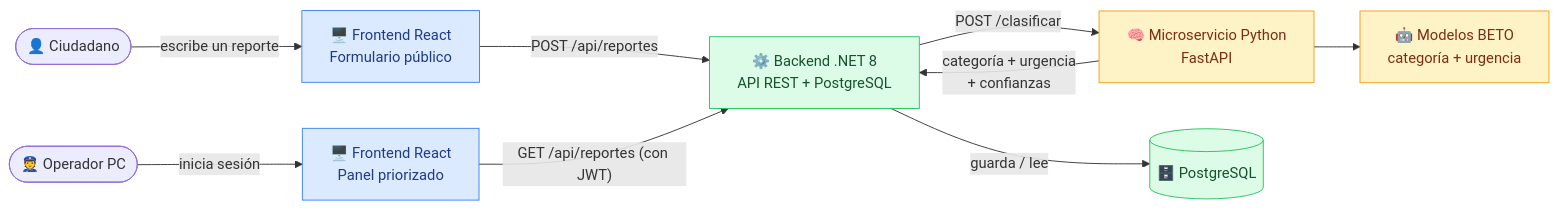
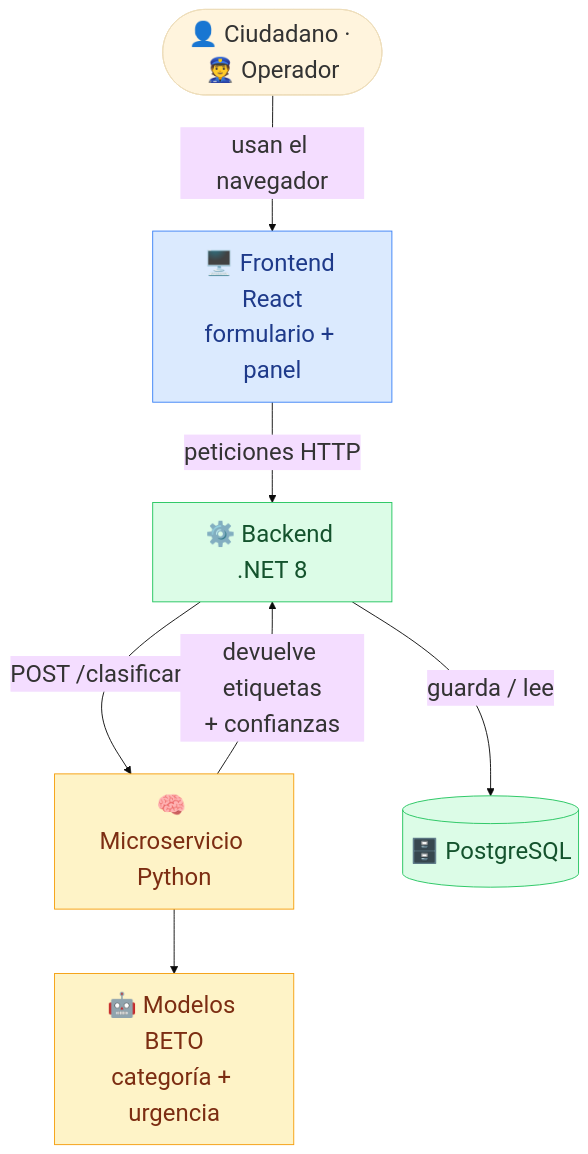
One commit to alexisherrera09/sirec changed the first of 3 diagrams in README.md. Above: the diagram before and after it, drawn with Mermaid. The commit also changed other lines of this file, not shown here.

First line of the commit message:
README: diagramas mas grandes y legibles

````diff
--- a/README.md
+++ b/README.md
@@ -183,21 +183,17 @@
 ```mermaid
-flowchart LR
-    Ciudadano([👤 Ciudadano]) -->|"escribe un reporte"| FEpub["🖥️ Frontend React<br/>Formulario público"]
-    Operador([👮 Operador PC]) -->|"inicia sesión"| FEpanel["🖥️ Frontend React<br/>Panel priorizado"]
-
-    FEpub -->|"POST /api/reportes"| BE["⚙️ Backend .NET 8<br/>API REST + PostgreSQL"]
-    FEpanel -->|"GET /api/reportes (con JWT)"| BE
-
-    BE -->|"POST /clasificar"| MS["🧠 Microservicio Python<br/>FastAPI"]
-    MS -->|"categoría + urgencia<br/>+ confianzas"| BE
+%%{init: {'theme':'base', 'themeVariables': {'fontSize':'26px'}, 'flowchart': {'nodeSpacing':60, 'rankSpacing':70}}}%%
+flowchart TD
+    Personas(["👤 Ciudadano · 👮 Operador"]) -->|"usan el navegador"| FE["🖥️ Frontend React<br/>formulario + panel"]
+    FE -->|"peticiones HTTP"| BE["⚙️ Backend .NET 8"]
+    BE -->|"POST /clasificar"| MS["🧠 Microservicio Python"]
+    MS --> BETO["🤖 Modelos BETO<br/>categoría + urgencia"]
+    MS -->|"devuelve etiquetas<br/>+ confianzas"| BE
     BE -->|"guarda / lee"| DB[("🗄️ PostgreSQL")]
-
-    MS --> BETO["🤖 Modelos BETO<br/>categoría + urgencia"]
 
     classDef front fill:#dbeafe,stroke:#3b82f6,color:#1e3a8a;
     classDef back fill:#dcfce7,stroke:#22c55e,color:#14532d;
     classDef ml fill:#fef3c7,stroke:#f59e0b,color:#7c2d12;
-    class FEpub,FEpanel front;
+    class FE front;
     class BE,DB back;
     class MS,BETO ml;
 ```
````
